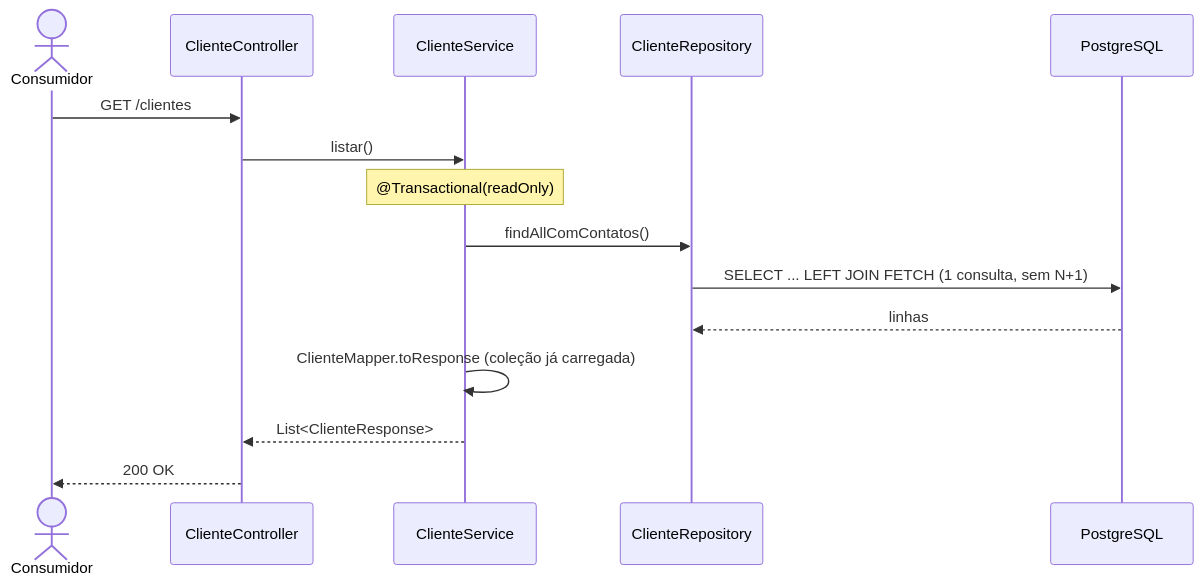
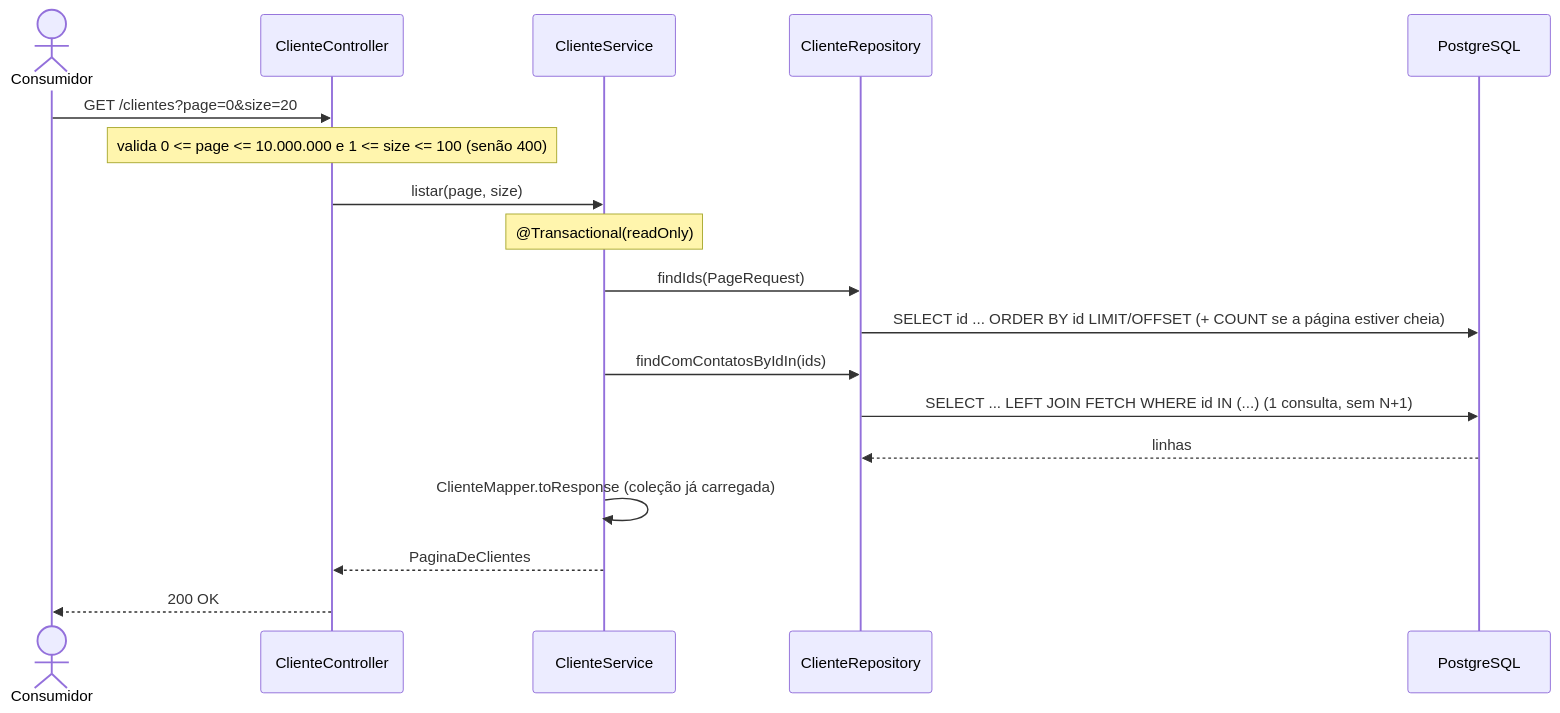
One commit to suzanacavalcante/desafio-nubank-java changed the seventh of 7 diagrams in docs/arquitetura-c4.md. Above: the diagram before and after it, drawn with Mermaid. The commit also changed other lines of this file and 16 other files, not shown here.

First line of the commit message:
feat: paginação de GET /clientes em duas consultas, com envelope e limites (#29)

````diff
--- a/docs/arquitetura-c4.md
+++ b/docs/arquitetura-c4.md
@@ -241,18 +241,22 @@
 ```mermaid
 sequenceDiagram
     actor C as Consumidor
     participant CC as ClienteController
     participant CS as ClienteService
     participant CR as ClienteRepository
     participant DB as PostgreSQL
 
-    C->>CC: GET /clientes
-    CC->>CS: listar()
+    C->>CC: GET /clientes?page=0&size=20
+    Note over CC: valida 0 <= page <= 10.000.000 e 1 <= size <= 100 (senão 400)
+    CC->>CS: listar(page, size)
     Note over CS: @Transactional(readOnly)
-    CS->>CR: findAllComContatos()
-    CR->>DB: SELECT ... LEFT JOIN FETCH (1 consulta, sem N+1)
+    CS->>CR: findIds(PageRequest)
+    CR->>DB: SELECT id ... ORDER BY id LIMIT/OFFSET (+ COUNT se a página estiver cheia)
+    CS->>CR: findComContatosByIdIn(ids)
+    CR->>DB: SELECT ... LEFT JOIN FETCH WHERE id IN (...) (1 consulta, sem N+1)
     DB-->>CR: linhas
     CS->>CS: ClienteMapper.toResponse (coleção já carregada)
-    CS-->>CC: List<ClienteResponse>
+    CS-->>CC: PaginaDeClientes
+
     CC-->>C: 200 OK
 ```
````
